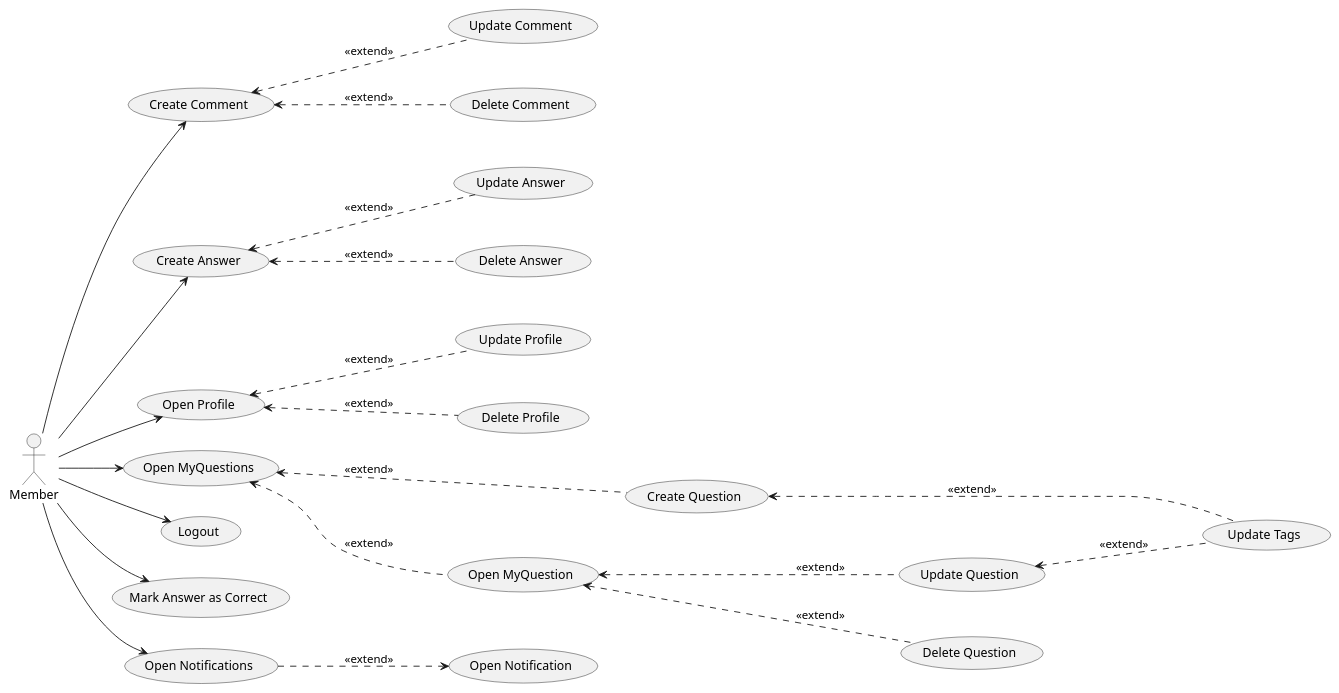
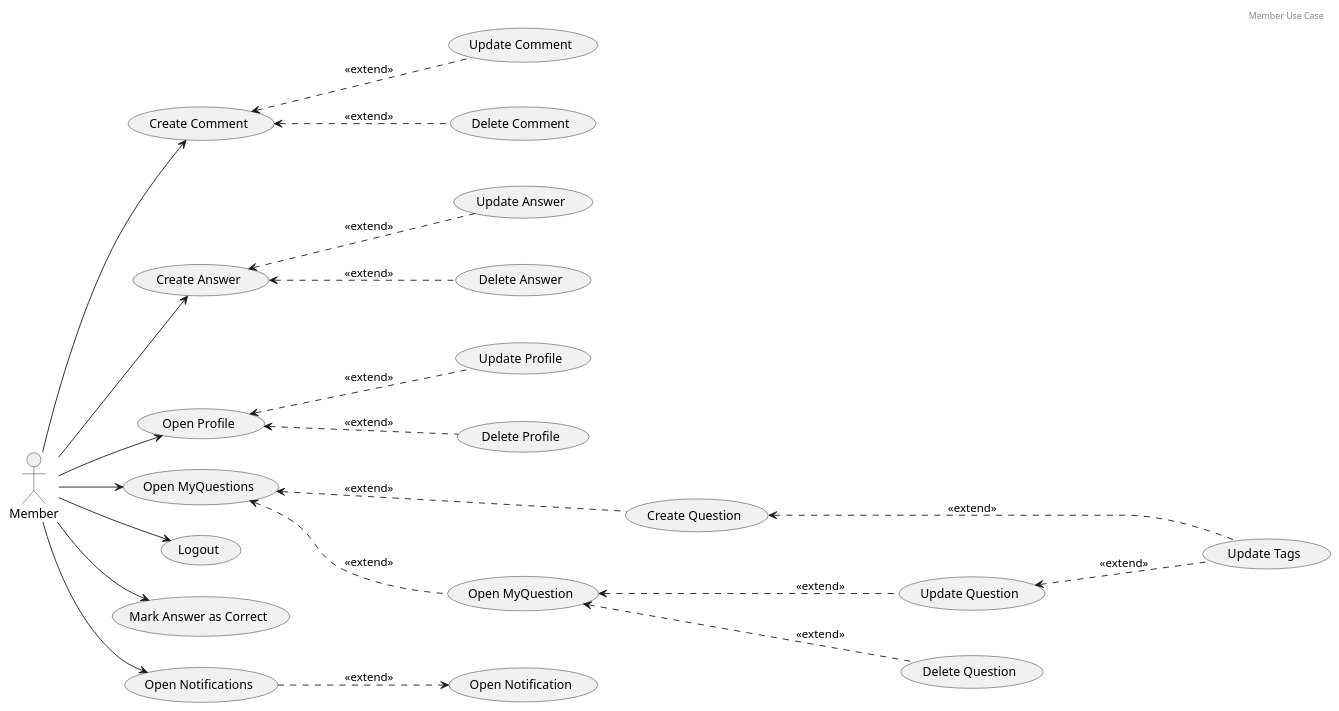
The diagram in src/main/resources/templates/casosDeUsoMember.plantuml (rafaelacirino/miw-backend-foro), drawn with PlantUML before and after one commit. The commit also changed 20 other files, not shown here.

Commit message:
adding more diagrams

```diff
--- a/src/main/resources/templates/casosDeUsoMember.plantuml
+++ b/src/main/resources/templates/casosDeUsoMember.plantuml
@@ -1,59 +1,61 @@
 @startuml
+
+header Member Use Case
 
 actor Member
 
 left to right direction
 
 (Logout) as UC2
 
 (Open Profile) as UC4
 (Update Profile) as UC5
 (Delete Profile) as UC6
 
 (Create Question) as UC8
 (Delete Question) as UC9
 (Update Question) as UC10
 (Open MyQuestion) as UC12
 (Open MyQuestions) as UC13
 
 (Create Answer) as UC14
 (Update Answer) as UC15
 (Delete Answer) as UC16
 (Mark Answer as Correct) as UC17
 
 (Create Comment) as UC18
 (Update Comment) as UC19
 (Delete Comment) as UC20
 (Open Notifications) as UC33
 (Open Notification) as UC34
 
 (Update Tags) as UC21
 
 UC8 .-up-> UC13 : <<extend>>
 UC12 .-up-> UC13 : <<extend>>
 UC9 .-up-> UC12 : <<extend>>
 UC10 .-up-> UC12 : <<extend>>
 
 UC21 .-up-> UC8 : <<extend>>
 UC21 .-up-> UC10 : <<extend>>
 
 UC5 .-up-> UC4 : <<extend>>
 UC6 .-up-> UC4 : <<extend>>
 
 UC15 .-up-> UC14 : <<extend>>
 UC16 .-up-> UC14 : <<extend>>
 
 UC19 .-up-> UC18 : <<extend>>
 UC20 .-up-> UC18 : <<extend>>
 UC33 .-down-> UC34 : <<extend>>
 
 
 Member --> UC2
 Member --> UC4
 Member --> UC13
 Member --> UC14
 Member --> UC17
 Member --> UC18
 Member --> UC33
 
 @enduml
```
